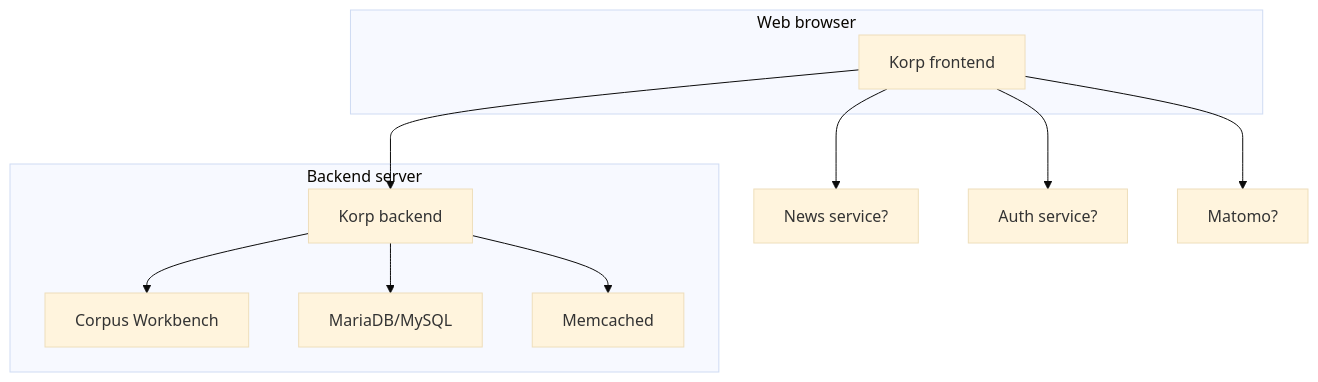
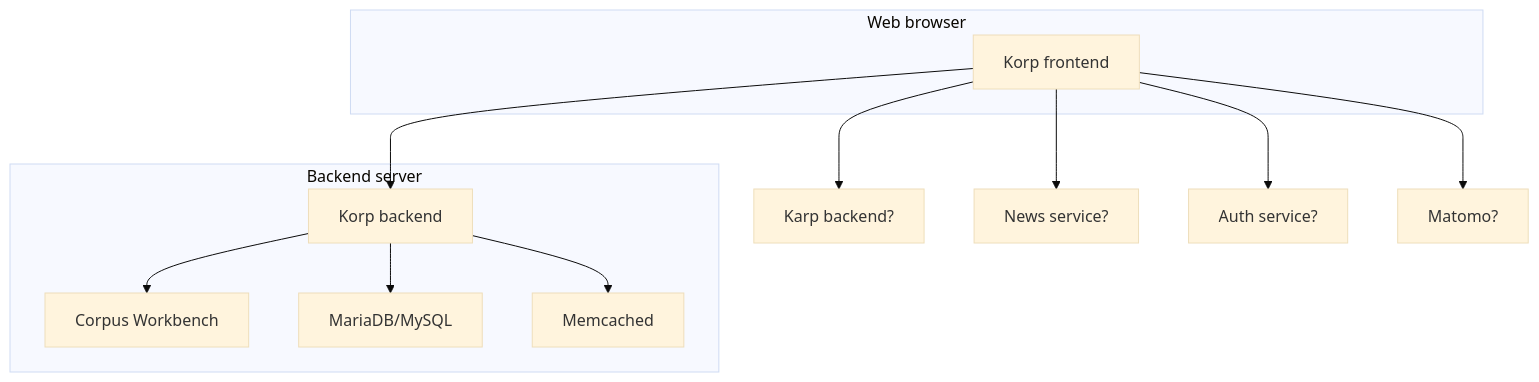
One commit to spraakbanken/korp-vue changed the first of 3 diagrams in docs/ARCHITECTURE.md. Above: the diagram before and after it, drawn with Mermaid (base theme). The commit also changed other lines of this file and 3 other files, not shown here.

````diff
--- a/docs/ARCHITECTURE.md
+++ b/docs/ARCHITECTURE.md
@@ -14,19 +14,20 @@
 ```mermaid
 flowchart
 
 subgraph Web browser
   FE[Korp frontend]
 end
 
 subgraph Backend server
   BE[Korp backend]
   BE --> CWB[Corpus Workbench]
   BE --> SQL[MariaDB/MySQL]
   BE --> Memcached
 end
 
 FE --> BE
-FE --> News["News service?"]
-FE --> Auth["Auth service?"]
+FE --> Karp[Karp backend?]
+FE --> News[News service?]
+FE --> Auth[Auth service?]
 FE --> Matomo?
 ```
````
